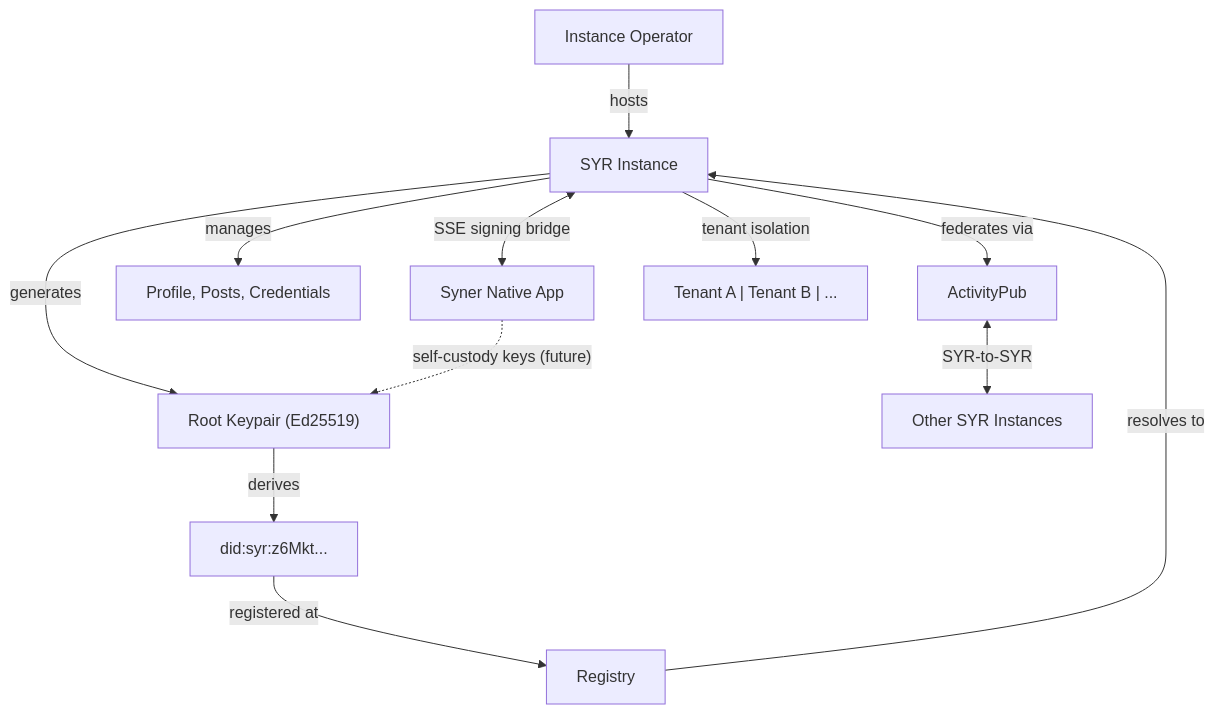
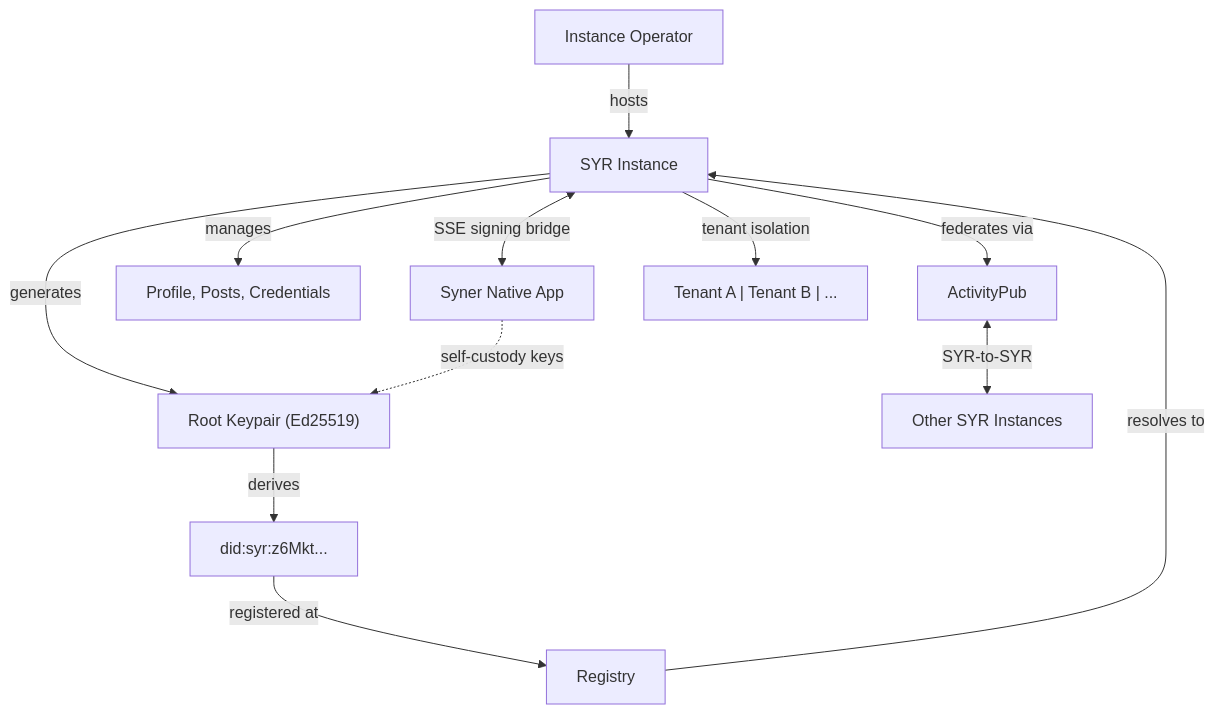
The diagram in apps/docs/app/src/routes/introduction/+page.md (syr-is/syr), drawn with Mermaid before and after one commit. The commit also changed other lines of this file and 12 other files, not shown here.

````diff
--- a/apps/docs/app/src/routes/introduction/+page.md
+++ b/apps/docs/app/src/routes/introduction/+page.md
@@ -44,14 +55,14 @@
 ```mermaid
 flowchart TD
     Operator["Instance Operator"] -->|hosts| SYR["SYR Instance"]
     SYR -->|generates| RootKey["Root Keypair (Ed25519)"]
-    SynerApp["Syner Native App"] -.->|"self-custody keys (future)"| RootKey
+    SynerApp["Syner Native App"] -.->|"self-custody keys"| RootKey
     RootKey -->|derives| DID["did:syr:z6Mkt..."]
     DID -->|registered at| Registry["Registry"]
     Registry -->|resolves to| SYR
     SYR -->|manages| ProfileData["Profile, Posts, Credentials"]
     SYR -->|federates via| AP["ActivityPub"]
     AP <-->|SYR-to-SYR| OtherSYR["Other SYR Instances"]
     SYR -->|tenant isolation| Tenants["Tenant A | Tenant B | ..."]
     SYR <-->|"SSE signing bridge"| SynerApp
 ```
````
